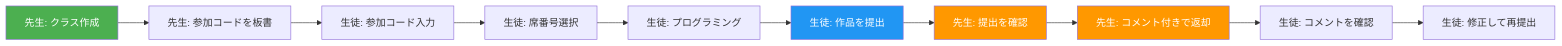
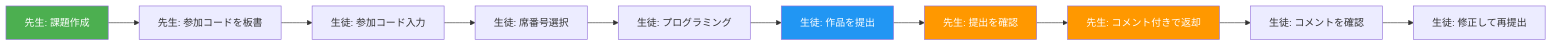
Before and after one commit to smalruby/smalruby3-editor: the seventh of 7 diagrams in docs/classroom/user-stories.md, drawn with Mermaid. The commit also changed other lines of this file, not shown here.

````diff
--- a/docs/classroom/user-stories.md
+++ b/docs/classroom/user-stories.md
@@ -236,17 +236,17 @@
 ```mermaid
 graph LR
-    A["先生: クラス作成"] --> B["先生: 参加コードを板書"]
+    A["先生: 課題作成"] --> B["先生: 参加コードを板書"]
     B --> C["生徒: 参加コード入力"]
     C --> D["生徒: 席番号選択"]
     D --> E["生徒: プログラミング"]
     E --> F["生徒: 作品を提出"]
     F --> G["先生: 提出を確認"]
     G --> H["先生: コメント付きで返却"]
     H --> I["生徒: コメントを確認"]
     I --> J["生徒: 修正して再提出"]
 
     style A fill:#4CAF50,color:#fff
     style F fill:#2196F3,color:#fff
     style G fill:#FF9800,color:#fff
     style H fill:#FF9800,color:#fff
 ```
````
